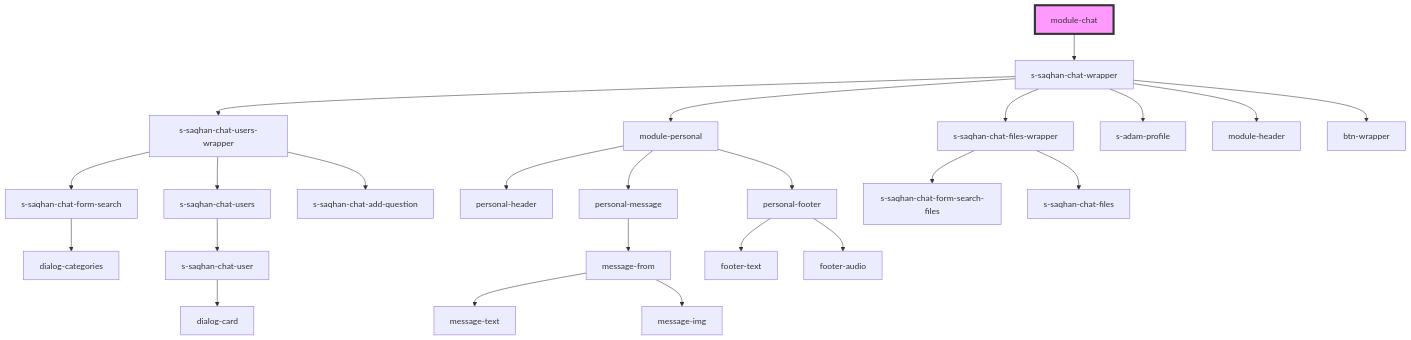
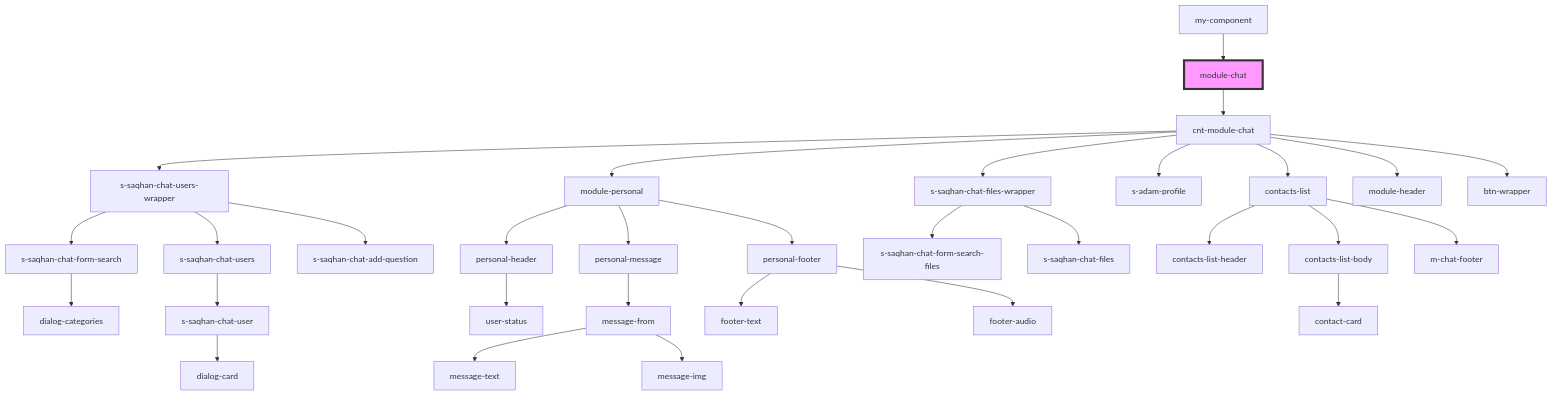
One commit to saqhan/stencil-chat changed the diagram in src/components/module/module-chat/readme.md. Above: the diagram before and after it, drawn with Mermaid. The commit also changed other lines of this file and 26 other files, not shown here.

````diff
--- a/src/components/module/module-chat/readme.md
+++ b/src/components/module/module-chat/readme.md
@@ -15,27 +19,34 @@
 ```mermaid
 graph TD;
-  module-chat --> s-saqhan-chat-wrapper
-  s-saqhan-chat-wrapper --> s-saqhan-chat-users-wrapper
-  s-saqhan-chat-wrapper --> module-personal
-  s-saqhan-chat-wrapper --> s-saqhan-chat-files-wrapper
-  s-saqhan-chat-wrapper --> s-adam-profile
-  s-saqhan-chat-wrapper --> module-header
-  s-saqhan-chat-wrapper --> btn-wrapper
+  module-chat --> cnt-module-chat
+  cnt-module-chat --> s-saqhan-chat-users-wrapper
+  cnt-module-chat --> module-personal
+  cnt-module-chat --> s-saqhan-chat-files-wrapper
+  cnt-module-chat --> s-adam-profile
+  cnt-module-chat --> contacts-list
+  cnt-module-chat --> module-header
+  cnt-module-chat --> btn-wrapper
   s-saqhan-chat-users-wrapper --> s-saqhan-chat-form-search
   s-saqhan-chat-users-wrapper --> s-saqhan-chat-users
   s-saqhan-chat-users-wrapper --> s-saqhan-chat-add-question
   s-saqhan-chat-form-search --> dialog-categories
   s-saqhan-chat-users --> s-saqhan-chat-user
   s-saqhan-chat-user --> dialog-card
   module-personal --> personal-header
   module-personal --> personal-message
   module-personal --> personal-footer
+  personal-header --> user-status
   personal-message --> message-from
   message-from --> message-text
   message-from --> message-img
   personal-footer --> footer-text
   personal-footer --> footer-audio
   s-saqhan-chat-files-wrapper --> s-saqhan-chat-form-search-files
   s-saqhan-chat-files-wrapper --> s-saqhan-chat-files
+  contacts-list --> contacts-list-header
+  contacts-list --> contacts-list-body
+  contacts-list --> m-chat-footer
+  contacts-list-body --> contact-card
+  my-component --> module-chat
   style module-chat fill:#f9f,stroke:#333,stroke-width:4px
 ```
````
